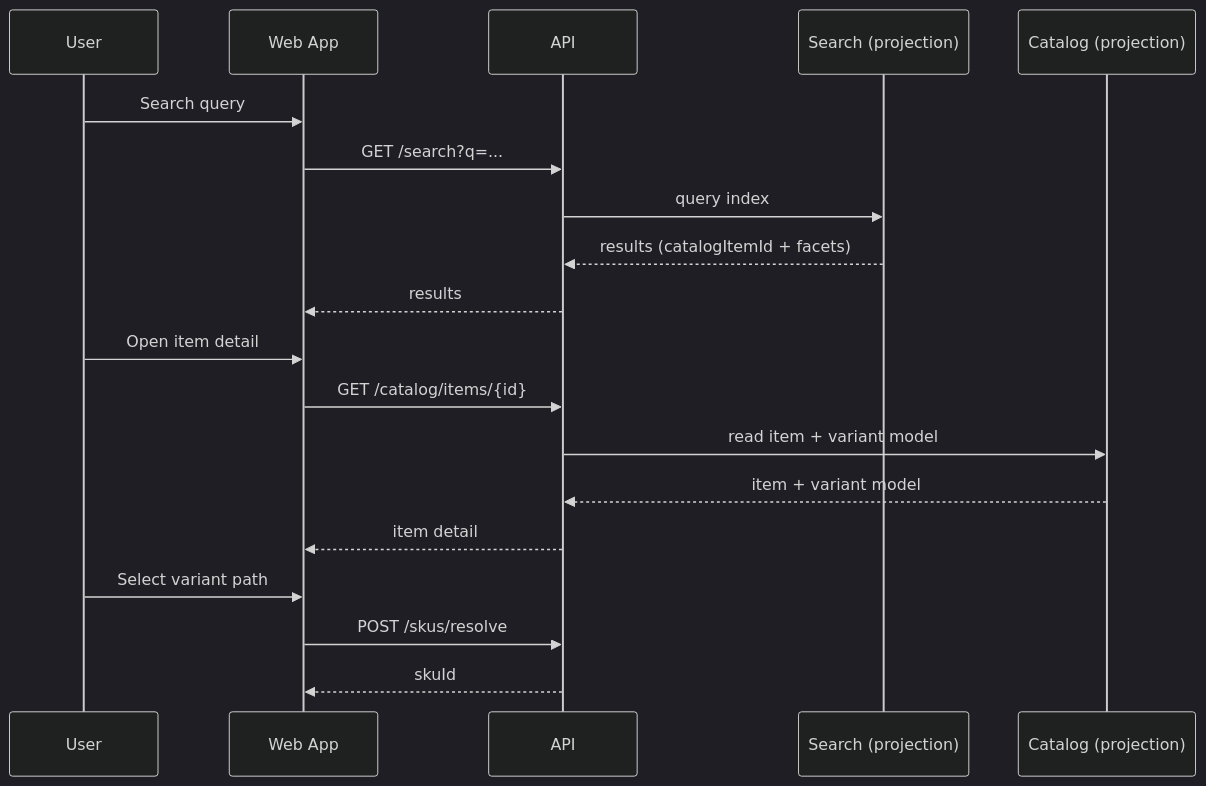
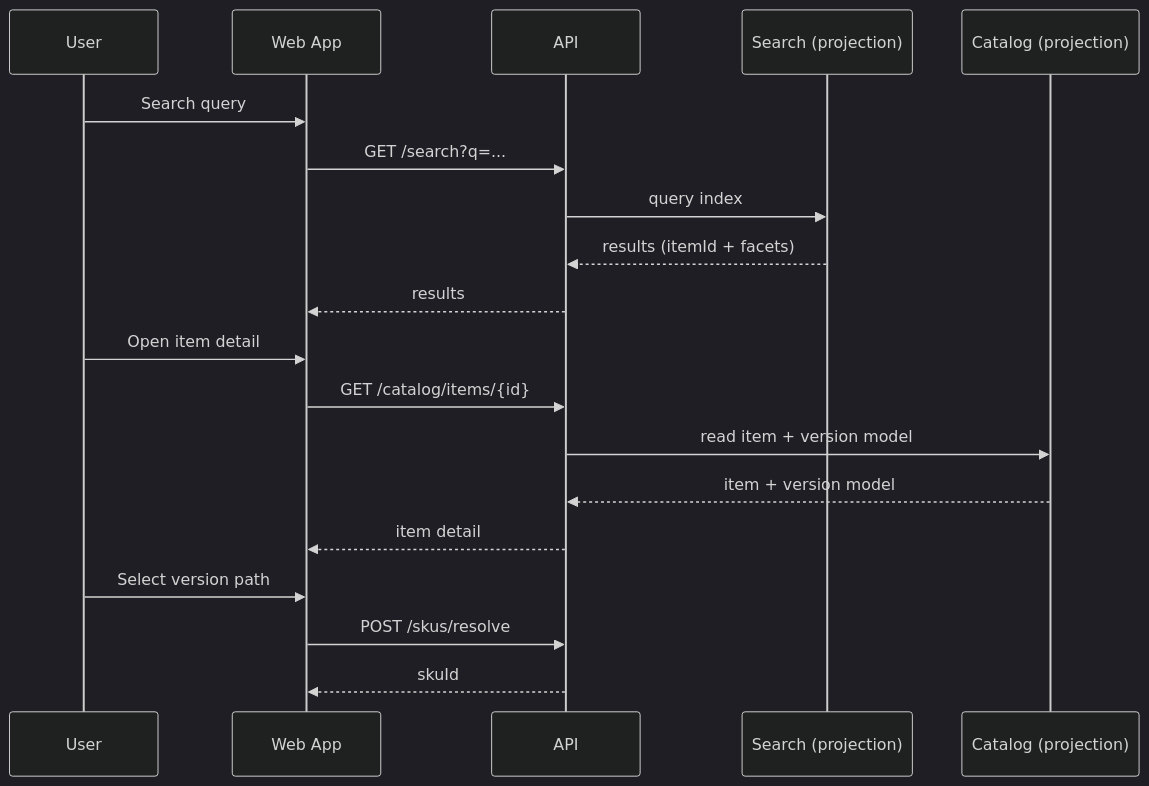
Before and after one commit to todd-skelton/chase-sets: the first of 7 diagrams in artifacts/18-mvp-workflows-and-event-flows.md, drawn with Mermaid (dark theme). The commit also changed other lines of this file and 41 other files, not shown here.

Commit message:
Rename catalog version terminology

````diff
--- a/artifacts/18-mvp-workflows-and-event-flows.md
+++ b/artifacts/18-mvp-workflows-and-event-flows.md
@@ -38,24 +38,24 @@
 ```mermaid
 sequenceDiagram
   participant U as User
   participant Web as Web App
   participant API as API
   participant Search as Search (projection)
   participant Catalog as Catalog (projection)
 
   U->>Web: Search query
   Web->>API: GET /search?q=...
   API->>Search: query index
-  Search-->>API: results (catalogItemId + facets)
+  Search-->>API: results (itemId + facets)
   API-->>Web: results
 
   U->>Web: Open item detail
   Web->>API: GET /catalog/items/{id}
-  API->>Catalog: read item + variant model
-  Catalog-->>API: item + variant model
+  API->>Catalog: read item + version model
+  Catalog-->>API: item + version model
   API-->>Web: item detail
 
-  U->>Web: Select variant path
+  U->>Web: Select version path
   Web->>API: POST /skus/resolve
   API-->>Web: skuId
 ```
````
